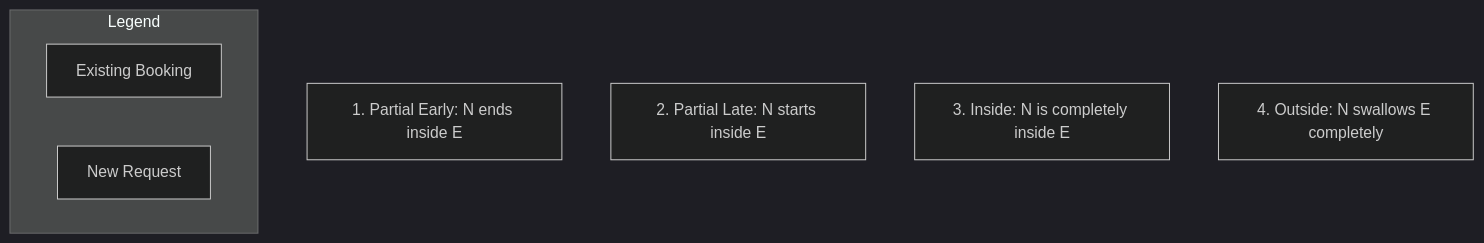
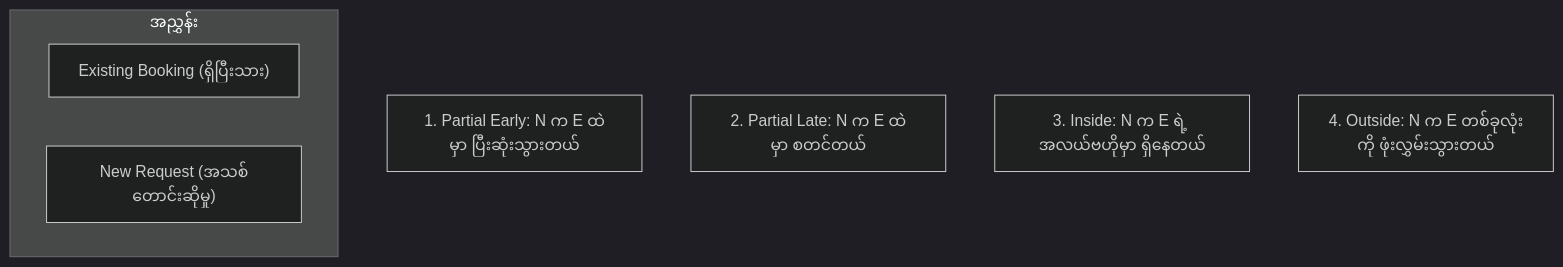
Before and after one commit to ayechanaungdev/full-stack-development: the third of 3 diagrams in system-docs/day-04-complete-guide.md, drawn with Mermaid (dark theme). The commit also changed other lines of this file and 13 other files, not shown here.

````diff
--- a/system-docs/day-04-complete-guide.md
+++ b/system-docs/day-04-complete-guide.md
@@ -586,12 +613,12 @@
 ```mermaid
 graph TD
-    subgraph "Legend"
-    E[Existing Booking]
-    N[New Request]
+    subgraph Legend ["အညွှန်း"]
+    E["Existing Booking (ရှိပြီးသား)"]
+    N["New Request (အသစ်တောင်းဆိုမှု)"]
     end
 
-    Scenario1[1. Partial Early: N ends inside E]
-    Scenario2[2. Partial Late: N starts inside E]
-    Scenario3[3. Inside: N is completely inside E]
-    Scenario4[4. Outside: N swallows E completely]
+    Scenario1["1. Partial Early: N က E ထဲမှာ ပြီးဆုံးသွားတယ်"]
+    Scenario2["2. Partial Late: N က E ထဲမှာ စတင်တယ်"]
+    Scenario3["3. Inside: N က E ရဲ့ အလယ်ဗဟိုမှာ ရှိနေတယ်"]
+    Scenario4["4. Outside: N က E တစ်ခုလုံးကို ဖုံးလွှမ်းသွားတယ်"]
 ```
````
